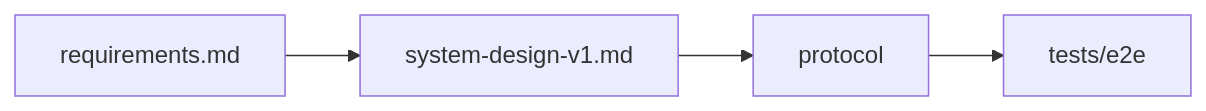
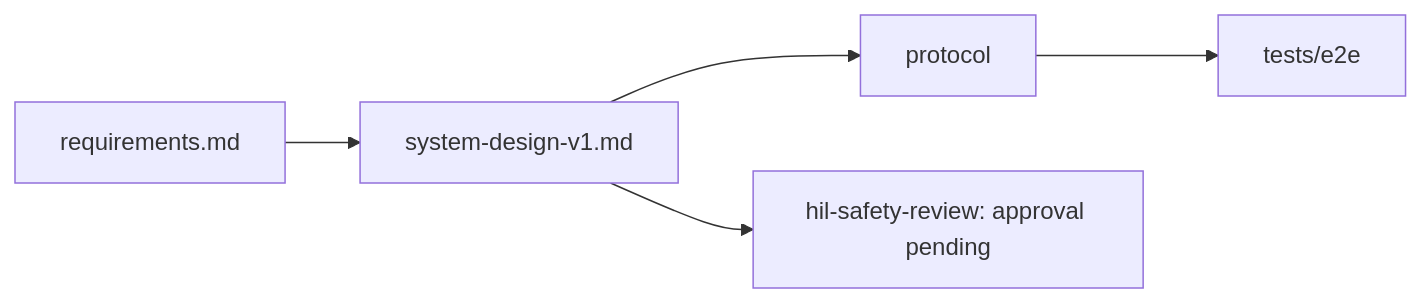
One commit to Harwasch/voiceremote changed the diagram in SYS/README.md. Above: the diagram before and after it, drawn with Mermaid. The commit also changed other lines of this file and 17 other files, not shown here.

````diff
--- a/SYS/README.md
+++ b/SYS/README.md
@@ -3,5 +3,6 @@
 ```mermaid
 flowchart LR
   Requirements[requirements.md] --> Design[system-design-v1.md]
   Design --> Protocol[protocol] --> E2E[tests/e2e]
+  Design --> HIL[hil-safety-review: approval pending]
 ```
````
